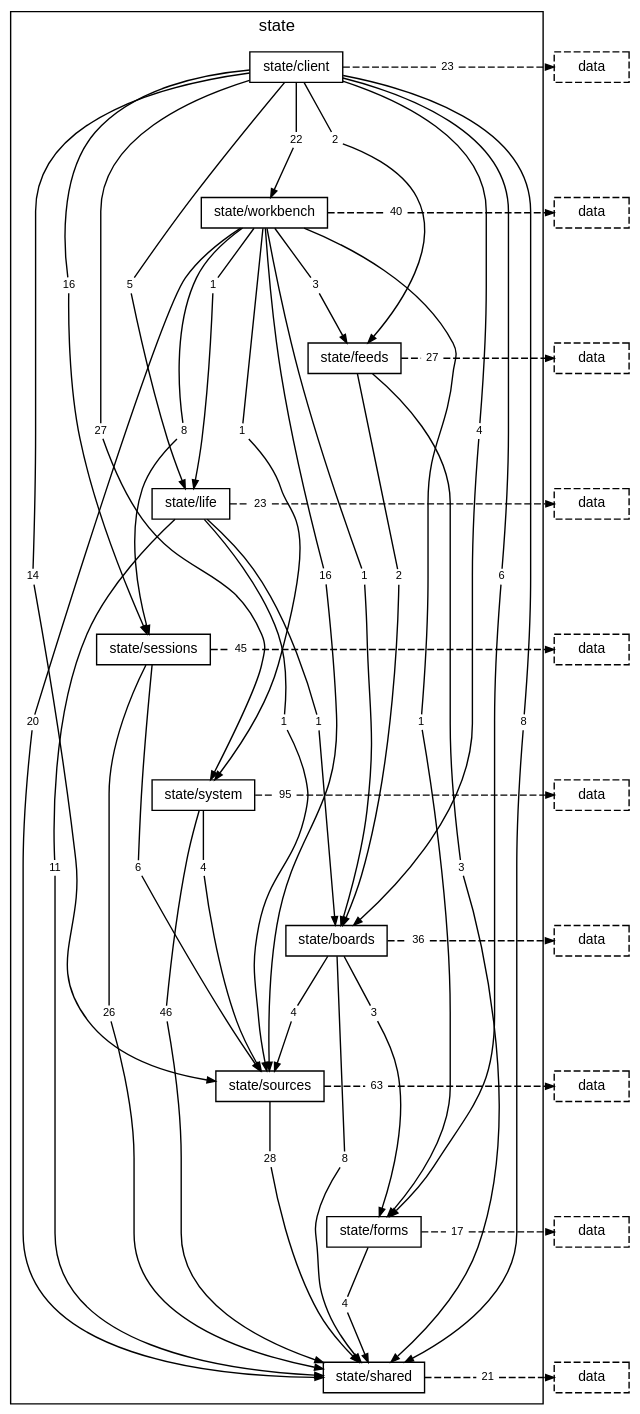
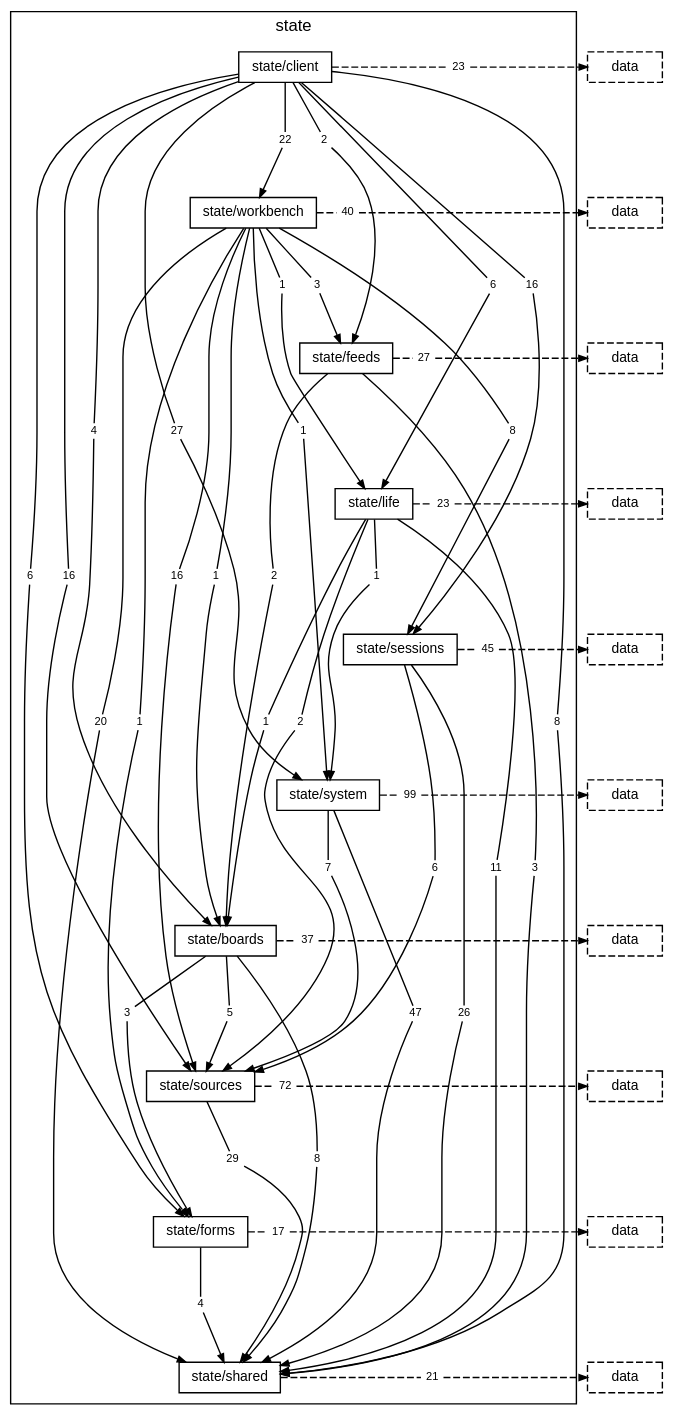
One commit to TheAxeC/oculus changed the diagram in docs/diagrams/layer-state.dot. Above: the diagram before and after it, drawn with Graphviz. The commit also changed 162 other files, not shown here.

```diff
--- a/docs/diagrams/layer-state.dot
+++ b/docs/diagrams/layer-state.dot
@@ -17,10 +17,10 @@
         "folder state/client to folder state/boards" [label="4", shape=box, color="transparent", fontsize=8, width=0, height=0, margin="0.04,0.02"];
         "folder state/client to folder state/feeds" [label="2", shape=box, color="transparent", fontsize=8, width=0, height=0, margin="0.04,0.02"];
         "folder state/client to folder state/forms" [label="6", shape=box, color="transparent", fontsize=8, width=0, height=0, margin="0.04,0.02"];
-        "folder state/client to folder state/life" [label="5", shape=box, color="transparent", fontsize=8, width=0, height=0, margin="0.04,0.02"];
+        "folder state/client to folder state/life" [label="6", shape=box, color="transparent", fontsize=8, width=0, height=0, margin="0.04,0.02"];
         "folder state/client to folder state/sessions" [label="16", shape=box, color="transparent", fontsize=8, width=0, height=0, margin="0.04,0.02"];
         "folder state/client to folder state/shared" [label="8", shape=box, color="transparent", fontsize=8, width=0, height=0, margin="0.04,0.02"];
-        "folder state/client to folder state/sources" [label="14", shape=box, color="transparent", fontsize=8, width=0, height=0, margin="0.04,0.02"];
+        "folder state/client to folder state/sources" [label="16", shape=box, color="transparent", fontsize=8, width=0, height=0, margin="0.04,0.02"];
         "folder state/client to folder state/system" [label="27", shape=box, color="transparent", fontsize=8, width=0, height=0, margin="0.04,0.02"];
         "folder state/client to folder state/workbench" [label="22", shape=box, color="transparent", fontsize=8, width=0, height=0, margin="0.04,0.02"];
         "folder state/client to layer data" [label="23", shape=box, color="transparent", fontsize=8, width=0, height=0, margin="0.04,0.02"];
@@ -38,20 +38,21 @@
         "folder state/feeds to layer data" [label="27", shape=box, color="transparent", fontsize=8, width=0, height=0, margin="0.04,0.02"];
         "folder state/life to folder state/boards" [label="1", shape=box, color="transparent", fontsize=8, width=0, height=0, margin="0.04,0.02"];
         "folder state/life to folder state/shared" [label="11", shape=box, color="transparent", fontsize=8, width=0, height=0, margin="0.04,0.02"];
-        "folder state/life to folder state/sources" [label="1", shape=box, color="transparent", fontsize=8, width=0, height=0, margin="0.04,0.02"];
+        "folder state/life to folder state/sources" [label="2", shape=box, color="transparent", fontsize=8, width=0, height=0, margin="0.04,0.02"];
+        "folder state/life to folder state/system" [label="1", shape=box, color="transparent", fontsize=8, width=0, height=0, margin="0.04,0.02"];
         "folder state/life to layer data" [label="23", shape=box, color="transparent", fontsize=8, width=0, height=0, margin="0.04,0.02"];
         "folder state/sessions to folder state/shared" [label="26", shape=box, color="transparent", fontsize=8, width=0, height=0, margin="0.04,0.02"];
         "folder state/sessions to folder state/sources" [label="6", shape=box, color="transparent", fontsize=8, width=0, height=0, margin="0.04,0.02"];
         "folder state/sessions to layer data" [label="45", shape=box, color="transparent", fontsize=8, width=0, height=0, margin="0.04,0.02"];
-        "folder state/system to folder state/shared" [label="46", shape=box, color="transparent", fontsize=8, width=0, height=0, margin="0.04,0.02"];
-        "folder state/system to folder state/sources" [label="4", shape=box, color="transparent", fontsize=8, width=0, height=0, margin="0.04,0.02"];
-        "folder state/system to layer data" [label="95", shape=box, color="transparent", fontsize=8, width=0, height=0, margin="0.04,0.02"];
+        "folder state/system to folder state/shared" [label="47", shape=box, color="transparent", fontsize=8, width=0, height=0, margin="0.04,0.02"];
+        "folder state/system to folder state/sources" [label="7", shape=box, color="transparent", fontsize=8, width=0, height=0, margin="0.04,0.02"];
+        "folder state/system to layer data" [label="99", shape=box, color="transparent", fontsize=8, width=0, height=0, margin="0.04,0.02"];
         "folder state/boards to folder state/forms" [label="3", shape=box, color="transparent", fontsize=8, width=0, height=0, margin="0.04,0.02"];
         "folder state/boards to folder state/shared" [label="8", shape=box, color="transparent", fontsize=8, width=0, height=0, margin="0.04,0.02"];
-        "folder state/boards to folder state/sources" [label="4", shape=box, color="transparent", fontsize=8, width=0, height=0, margin="0.04,0.02"];
-        "folder state/boards to layer data" [label="36", shape=box, color="transparent", fontsize=8, width=0, height=0, margin="0.04,0.02"];
-        "folder state/sources to folder state/shared" [label="28", shape=box, color="transparent", fontsize=8, width=0, height=0, margin="0.04,0.02"];
-        "folder state/sources to layer data" [label="63", shape=box, color="transparent", fontsize=8, width=0, height=0, margin="0.04,0.02"];
+        "folder state/boards to folder state/sources" [label="5", shape=box, color="transparent", fontsize=8, width=0, height=0, margin="0.04,0.02"];
+        "folder state/boards to layer data" [label="37", shape=box, color="transparent", fontsize=8, width=0, height=0, margin="0.04,0.02"];
+        "folder state/sources to folder state/shared" [label="29", shape=box, color="transparent", fontsize=8, width=0, height=0, margin="0.04,0.02"];
+        "folder state/sources to layer data" [label="72", shape=box, color="transparent", fontsize=8, width=0, height=0, margin="0.04,0.02"];
         "folder state/forms to folder state/shared" [label="4", shape=box, color="transparent", fontsize=8, width=0, height=0, margin="0.04,0.02"];
         "folder state/forms to layer data" [label="17", shape=box, color="transparent", fontsize=8, width=0, height=0, margin="0.04,0.02"];
         "folder state/shared to layer data" [label="21", shape=box, color="transparent", fontsize=8, width=0, height=0, margin="0.04,0.02"];
@@ -128,6 +129,8 @@
     "folder state/life to folder state/shared" -> "folder state/shared" [];
     "folder state/life" -> "folder state/life to folder state/sources" [arrowhead=none, minlen=3, weight=10];
     "folder state/life to folder state/sources" -> "folder state/sources" [];
+    "folder state/life" -> "folder state/life to folder state/system" [arrowhead=none, minlen=1, weight=10];
+    "folder state/life to folder state/system" -> "folder state/system" [];
     "folder state/life" -> "folder state/life to layer data" [arrowhead=none, style=dashed];
     "folder state/life to layer data" -> "layer data from folder state/life" [style=dashed];
     { rank=same; "folder state/life"; "folder state/life to layer data"; "layer data from folder state/life"; }
```
